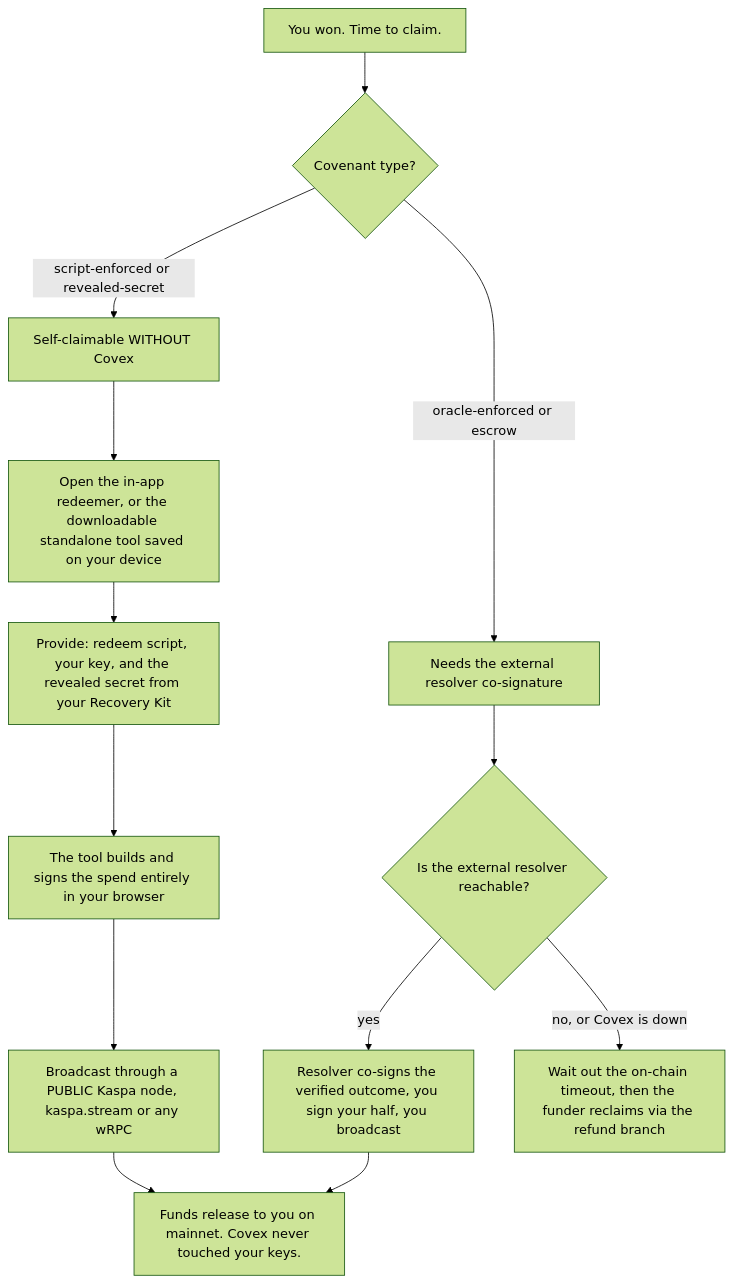
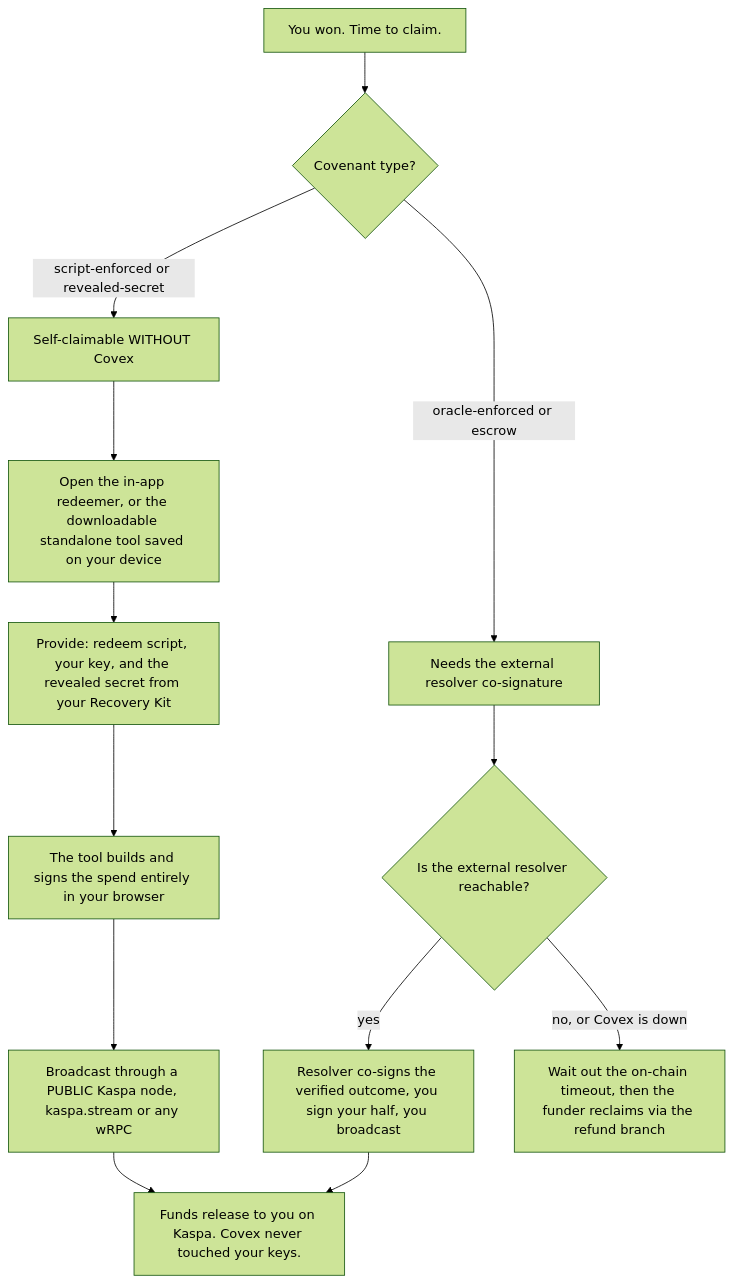
Before and after one commit to THTProtocol/Covex27: the fourth of 5 diagrams in README.md, drawn with Mermaid (forest theme). The commit also changed other lines of this file and 40 other files, not shown here.

````diff
--- a/README.md
+++ b/README.md
@@ -228,17 +223,17 @@
 ```mermaid
 flowchart TD
   W["You won. Time to claim."] --> T{"Covenant type?"}
   T -->|script-enforced or revealed-secret| S1["Self-claimable WITHOUT Covex"]
   T -->|oracle-enforced or escrow| O1["Needs the external resolver co-signature"]
 
   S1 --> S2["Open the in-app redeemer, or the downloadable standalone tool saved on your device"]
   S2 --> S3["Provide: redeem script, your key, and the revealed secret from your Recovery Kit"]
   S3 --> S4["The tool builds and signs the spend entirely in your browser"]
   S4 --> S5["Broadcast through a PUBLIC Kaspa node, kaspa.stream or any wRPC"]
-  S5 --> DONE["Funds release to you on mainnet. Covex never touched your keys."]
+  S5 --> DONE["Funds release to you on Kaspa. Covex never touched your keys."]
 
   O1 --> O2{"Is the external resolver reachable?"}
   O2 -->|yes| O3["Resolver co-signs the verified outcome, you sign your half, you broadcast"]
   O2 -->|no, or Covex is down| O4["Wait out the on-chain timeout, then the funder reclaims via the refund branch"]
   O3 --> DONE
 ```
````
